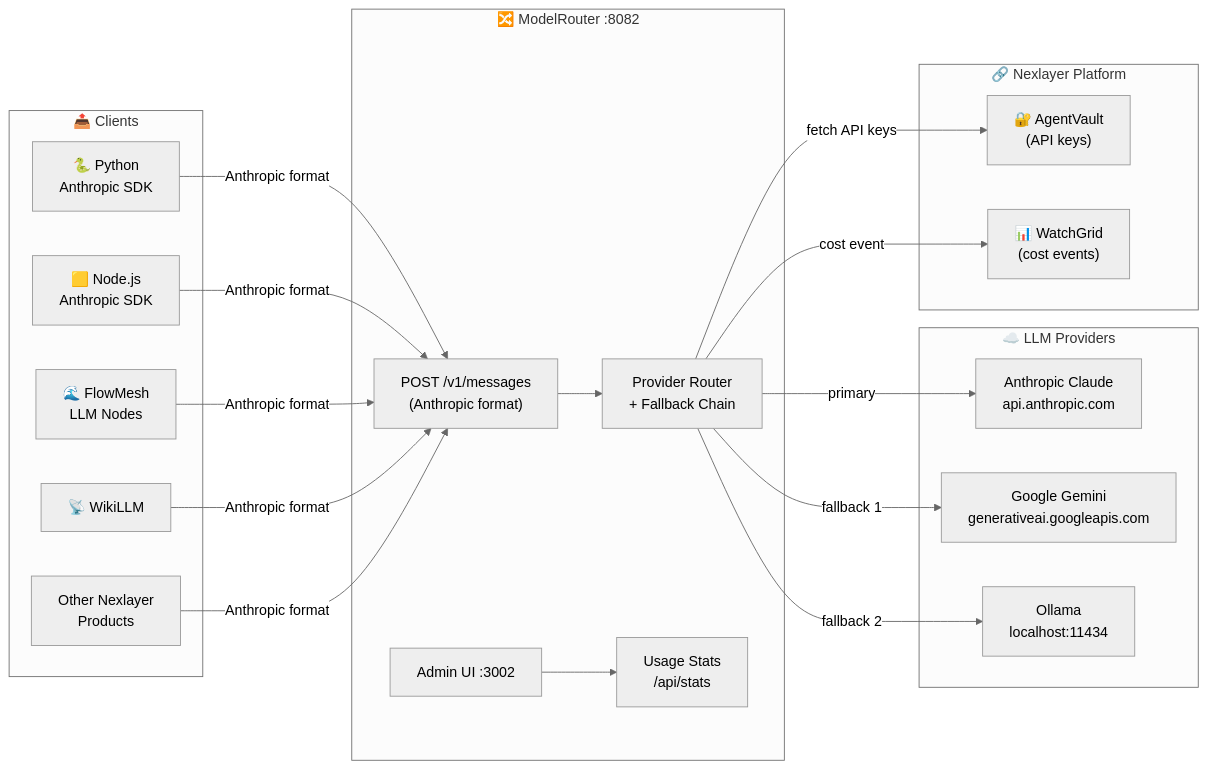
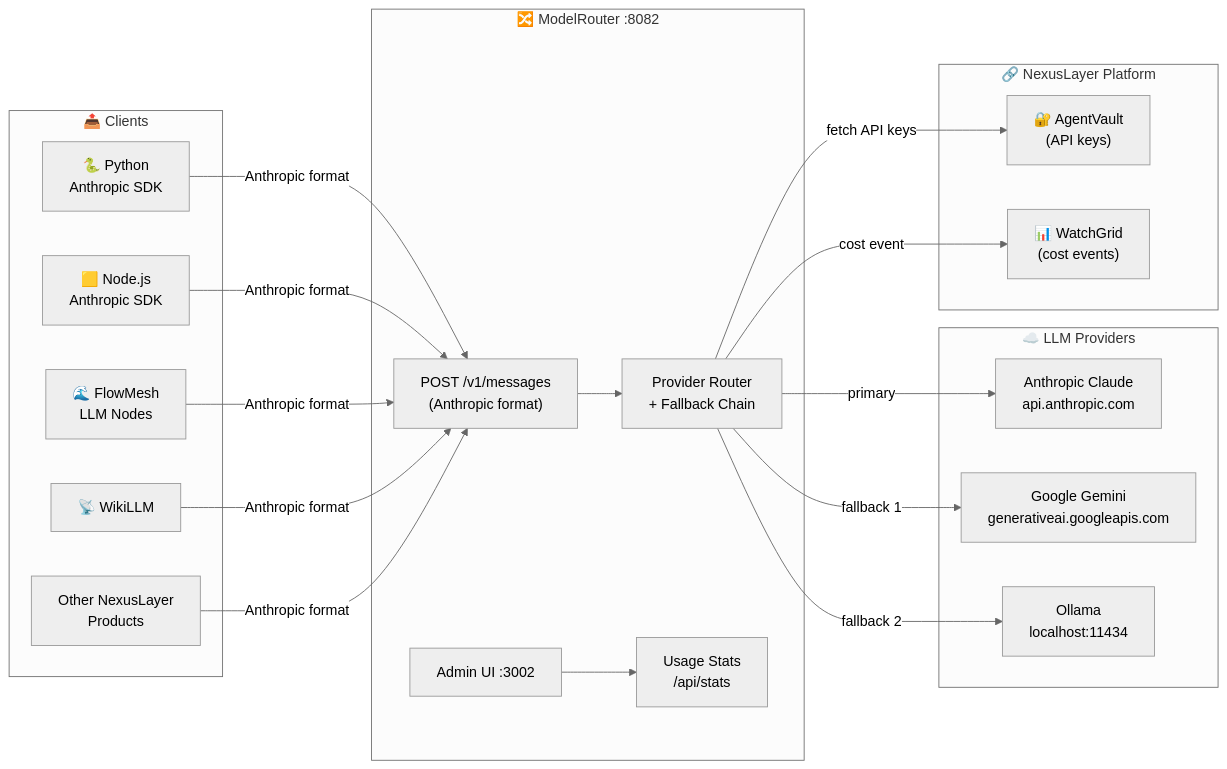
Before and after one commit to NexusLayerEU/model-router: the first of 2 diagrams in README.md, drawn with Mermaid (neutral theme). The commit also changed other lines of this file and 1 other file, not shown here.

First line of the commit message:
rebrand: NexusLayer / nexuslayer.eu

````diff
--- a/README.md
+++ b/README.md
@@ -64,49 +64,49 @@
 ```mermaid
 graph LR
     subgraph Clients["📤 Clients"]
         PY["🐍 Python
 Anthropic SDK"]
         JS["🟨 Node.js
 Anthropic SDK"]
         FM["🌊 FlowMesh
 LLM Nodes"]
         WL["📡 WikiLLM"]
-        OTHER["Other Nexlayer
+        OTHER["Other NexusLayer
 Products"]
     end
 
     subgraph MR["🔀 ModelRouter :8082"]
         API["POST /v1/messages
 (Anthropic format)"]
         Router["Provider Router
 + Fallback Chain"]
         Stats["Usage Stats
 /api/stats"]
         AdminUI["Admin UI :3002"]
     end
 
     subgraph Providers["☁️ LLM Providers"]
         Claude["Anthropic Claude
 api.anthropic.com"]
         Gemini["Google Gemini
 generativeai.googleapis.com"]
         Ollama["Ollama
 localhost:11434"]
     end
 
-    subgraph Platform["🔗 Nexlayer Platform"]
+    subgraph Platform["🔗 NexusLayer Platform"]
         AV["🔐 AgentVault
 (API keys)"]
         WG["📊 WatchGrid
 (cost events)"]
     end
 
     PY & JS & FM & WL & OTHER -->|"Anthropic format"| API
     API --> Router
     Router -->|"primary"| Claude
     Router -->|"fallback 1"| Gemini
     Router -->|"fallback 2"| Ollama
     Router -->|"cost event"| WG
     Router -->|"fetch API keys"| AV
     AdminUI --> Stats
 ```
````
